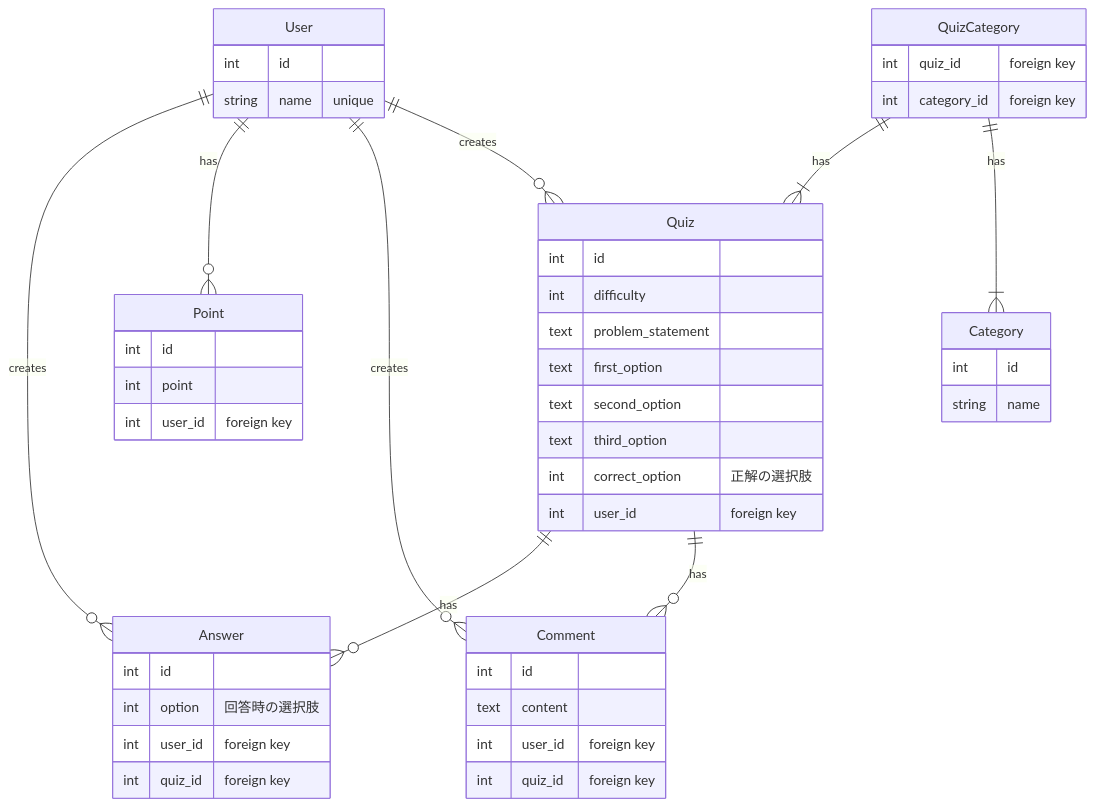
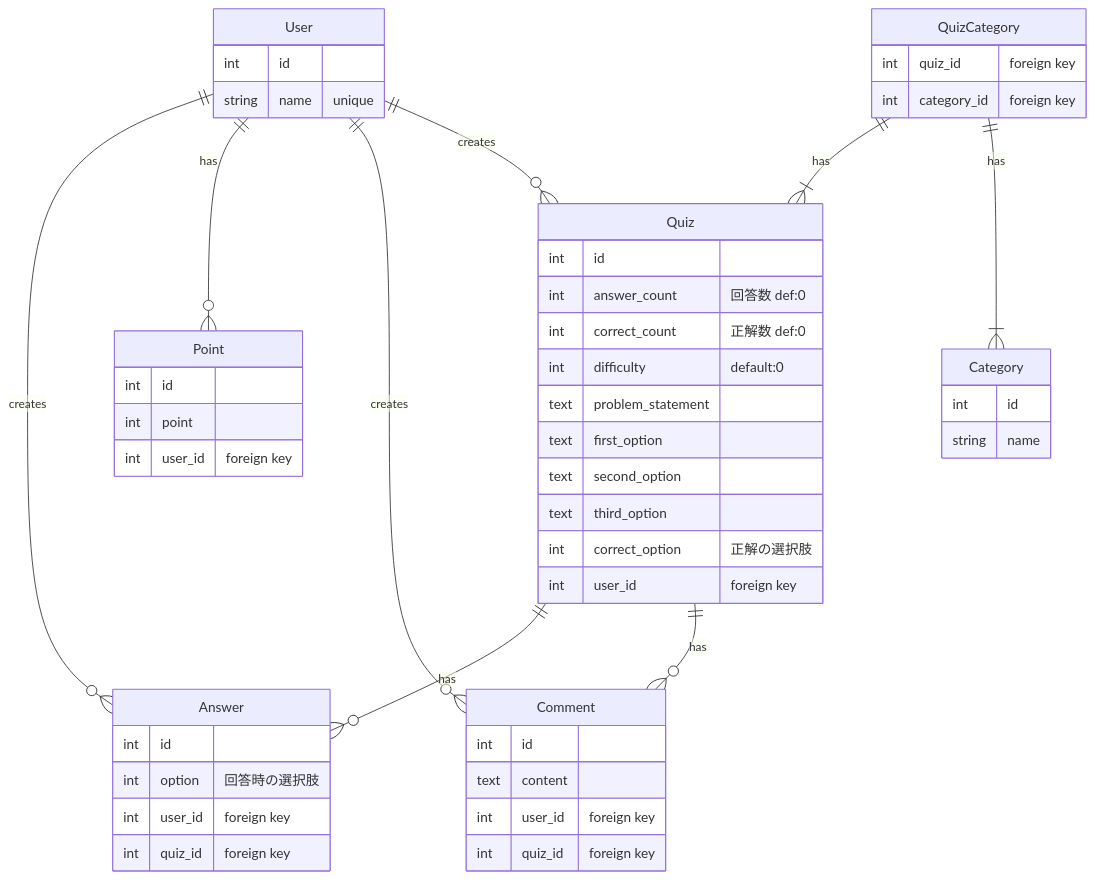
The diagram in Documents/table.md (peterdo415/original_product), drawn with Mermaid before and after one commit. The commit also changed 13 other files, not shown here.

````diff
--- a/Documents/table.md
+++ b/Documents/table.md
@@ -1,60 +1,62 @@
 ```mermaid
 erDiagram
   User ||--o{ Answer : creates
   User ||--o{ Point : has
   User ||--o{ Comment : creates
   User ||--o{ Quiz : creates
 
   Quiz ||--o{ Answer : has
   Quiz ||--o{ Comment : has
 
   QuizCategory ||--|{ Quiz :has
   QuizCategory ||--|{ Category : has
 
   User {
     int id
     string name "unique"
   }
 
   Quiz {
     int id
-    int difficulty
+    int answer_count "回答数 def:0"
+    int correct_count "正解数 def:0"
+    int difficulty "default:0"
     text problem_statement
     text first_option
     text second_option
     text third_option
     int correct_option "正解の選択肢"
     int user_id "foreign key"
   }
 
   Answer {
     int id
     int option "回答時の選択肢"
     int user_id "foreign key"
     int quiz_id "foreign key"
   }
 
   Point {
     int id
     int point
     int user_id "foreign key"
   }
 
   Comment {
     int id
     text content
     int user_id "foreign key"
     int quiz_id "foreign key"
   }
 
   Category {
     int id
     string name
   }
 
   QuizCategory {
     int quiz_id "foreign key"
     int category_id "foreign key"
 
   }
 ```
````
